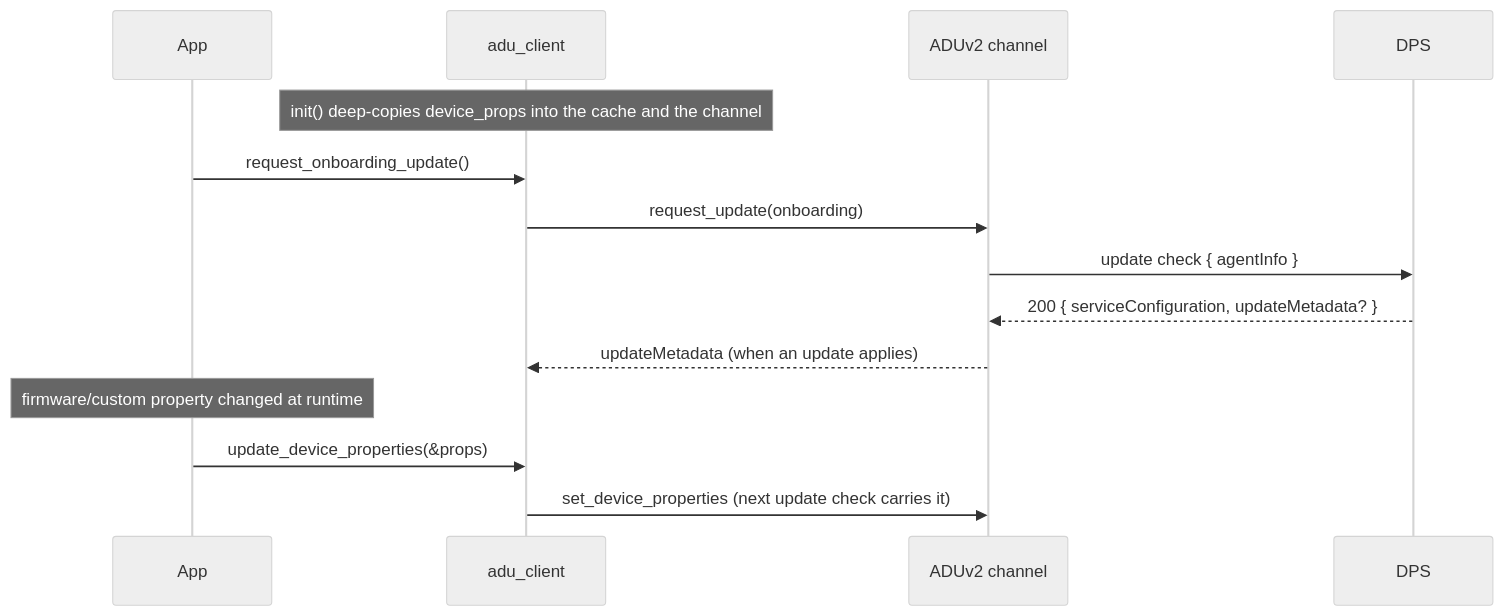
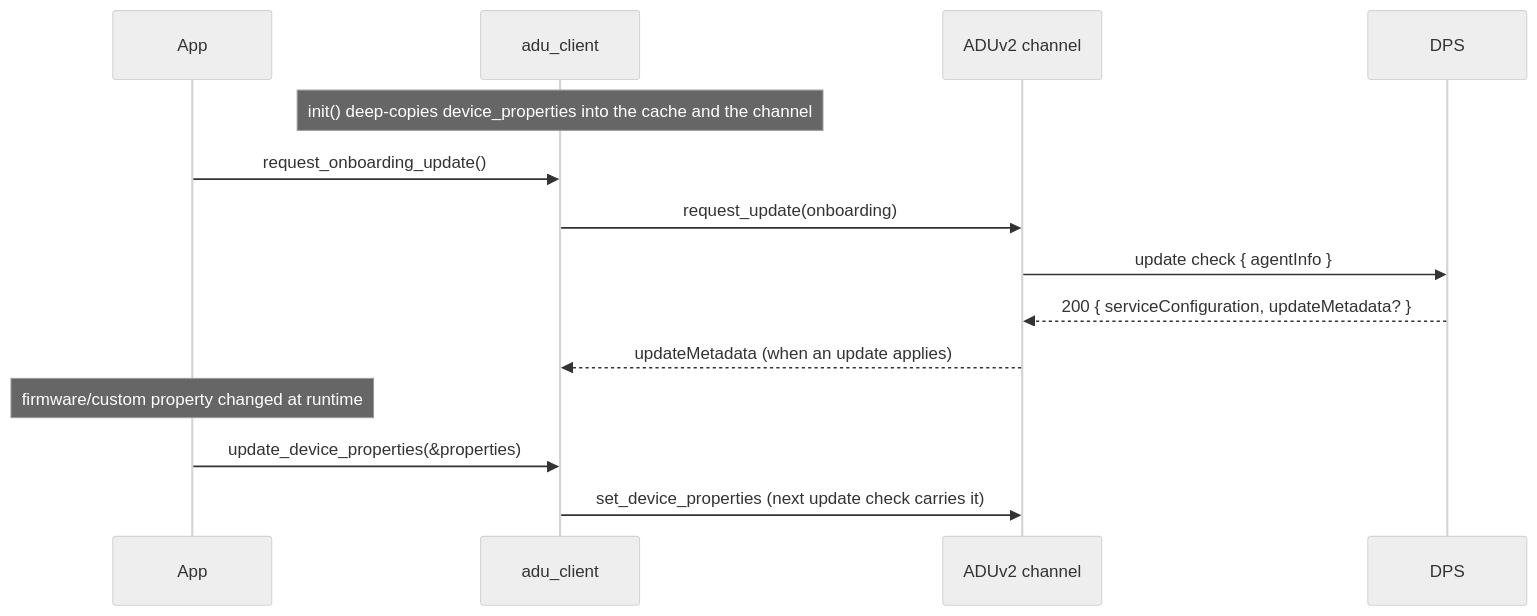
One commit to Azure/azure-iot-sdk changed the third of 7 diagrams in c/docs/eng/adu-client-design.md. Above: the diagram before and after it, drawn with Mermaid (neutral theme). The commit also changed other lines of this file and 14 other files, not shown here.

First line of the commit message:
C: spell out ADU device properties in identifiers

````diff
--- a/c/docs/eng/adu-client-design.md
+++ b/c/docs/eng/adu-client-design.md
@@ -948,18 +948,18 @@
 ```mermaid
 sequenceDiagram
     participant App
     participant ADU as adu_client
     participant Ch as ADUv2 channel
     participant DPS
 
-    Note over ADU: init() deep-copies device_props into the cache and the channel
+    Note over ADU: init() deep-copies device_properties into the cache and the channel
     App->>ADU: request_onboarding_update()
     ADU->>Ch: request_update(onboarding)
     Ch->>DPS: update check { agentInfo }
     DPS-->>Ch: 200 { serviceConfiguration, updateMetadata? }
     Ch-->>ADU: updateMetadata (when an update applies)
 
     Note over App: firmware/custom property changed at runtime
-    App->>ADU: update_device_properties(&props)
+    App->>ADU: update_device_properties(&properties)
     ADU->>Ch: set_device_properties (next update check carries it)
 ```
````
